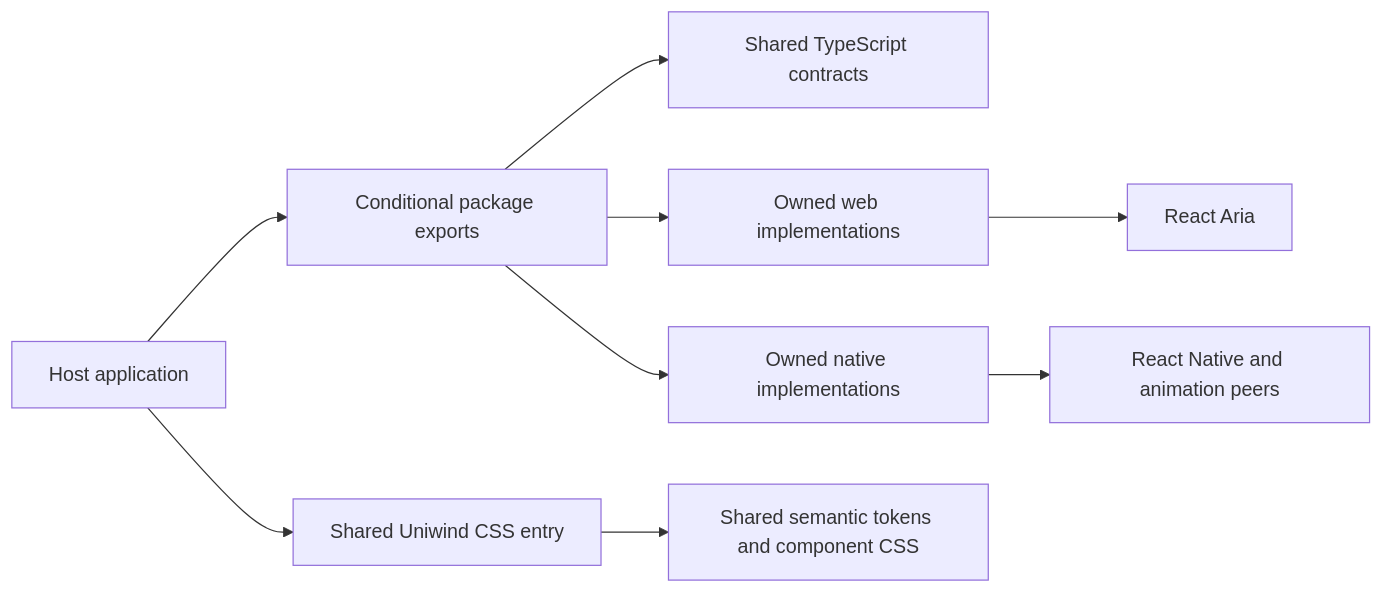
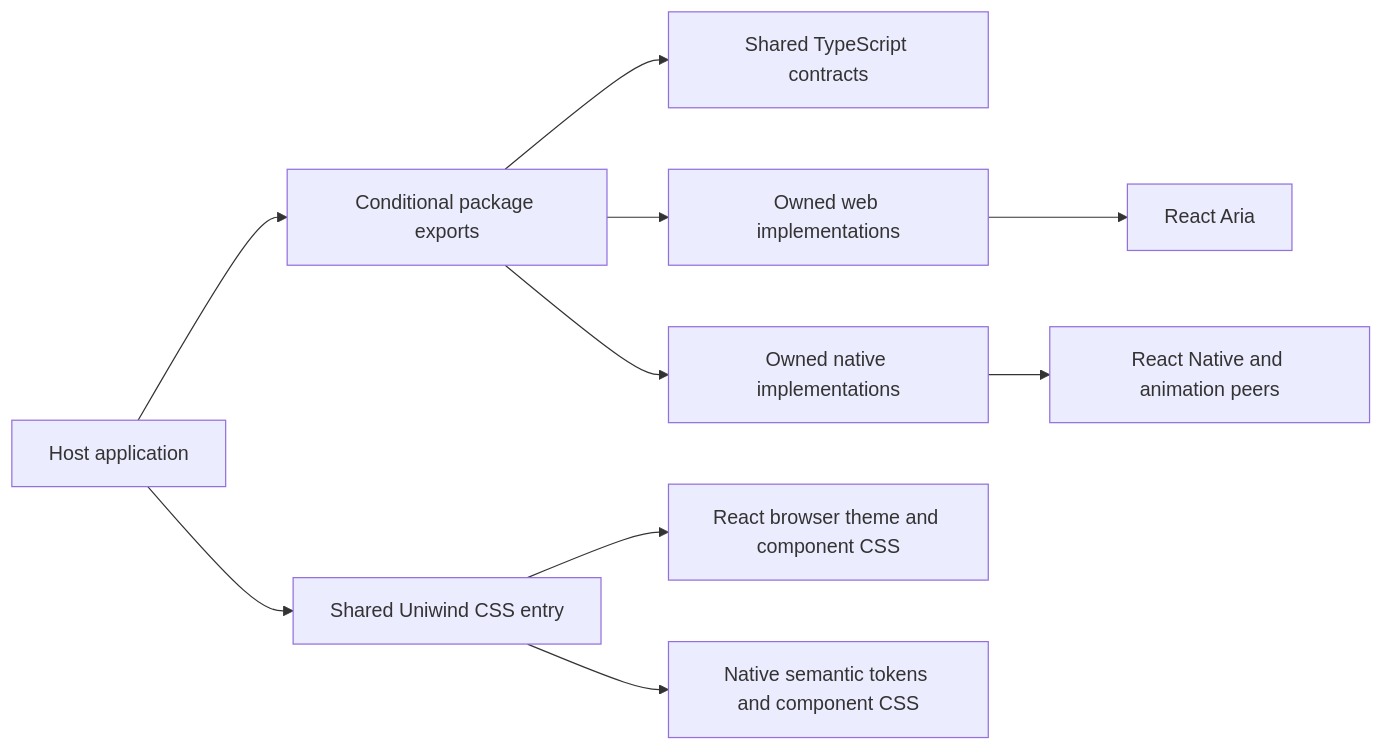
Before and after one commit to nh-kng/react-native-heroui: the diagram in docs/architecture/overview.md, drawn with Mermaid. The commit also changed other lines of this file and 172 other files, not shown here.

First line of the commit message:
fix(web): restore pinned HeroUI React styles and slot classes

````diff
--- a/docs/architecture/overview.md
+++ b/docs/architecture/overview.md
@@ -5,11 +5,12 @@
 ```mermaid
 flowchart LR
   App[Host application] --> Exports[Conditional package exports]
   Exports --> Contracts[Shared TypeScript contracts]
   Exports --> Web[Owned web implementations]
   Exports --> Native[Owned native implementations]
   Web --> Aria[React Aria]
   Native --> RN[React Native and animation peers]
   App --> Styles[Shared Uniwind CSS entry]
-  Styles --> Shared[Shared semantic tokens and component CSS]
+  Styles --> ReactCSS[React browser theme and component CSS]
+  Styles --> NativeCSS[Native semantic tokens and component CSS]
 ```
````
